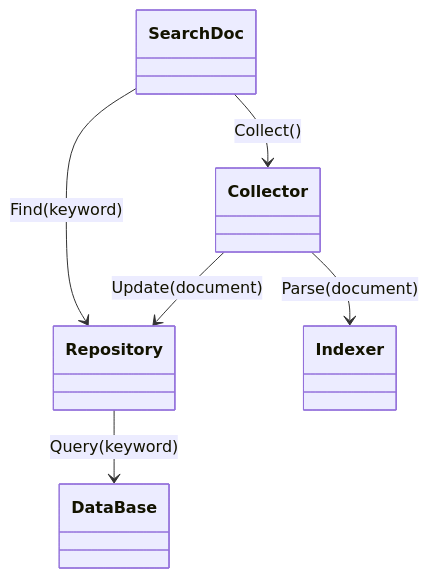
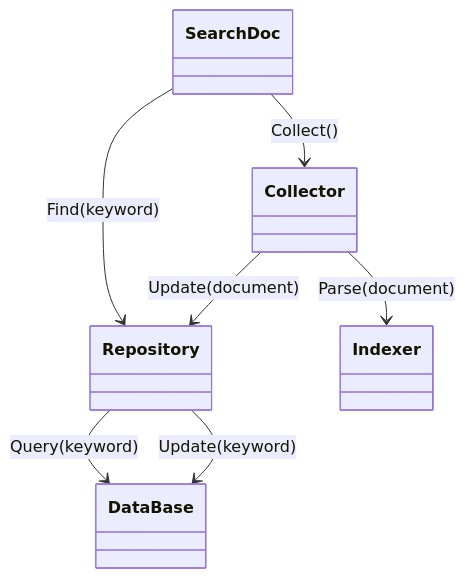
One commit to leeh8911/search_doc changed the diagram in readme.md. Above: the diagram before and after it, drawn with Mermaid. The commit also changed 8 other files, not shown here.

````diff
--- a/readme.md
+++ b/readme.md
@@ -16,10 +16,11 @@
 ```mermaid
 classDiagram
 
 SearchDoc --> Repository : Find(keyword)
 SearchDoc --> Collector : Collect()
 Repository --> DataBase : Query(keyword)
+Repository --> DataBase : Update(keyword)
 Collector --> Indexer : Parse(document)
 Collector --> Repository : Update(document)
 
 ```
````
